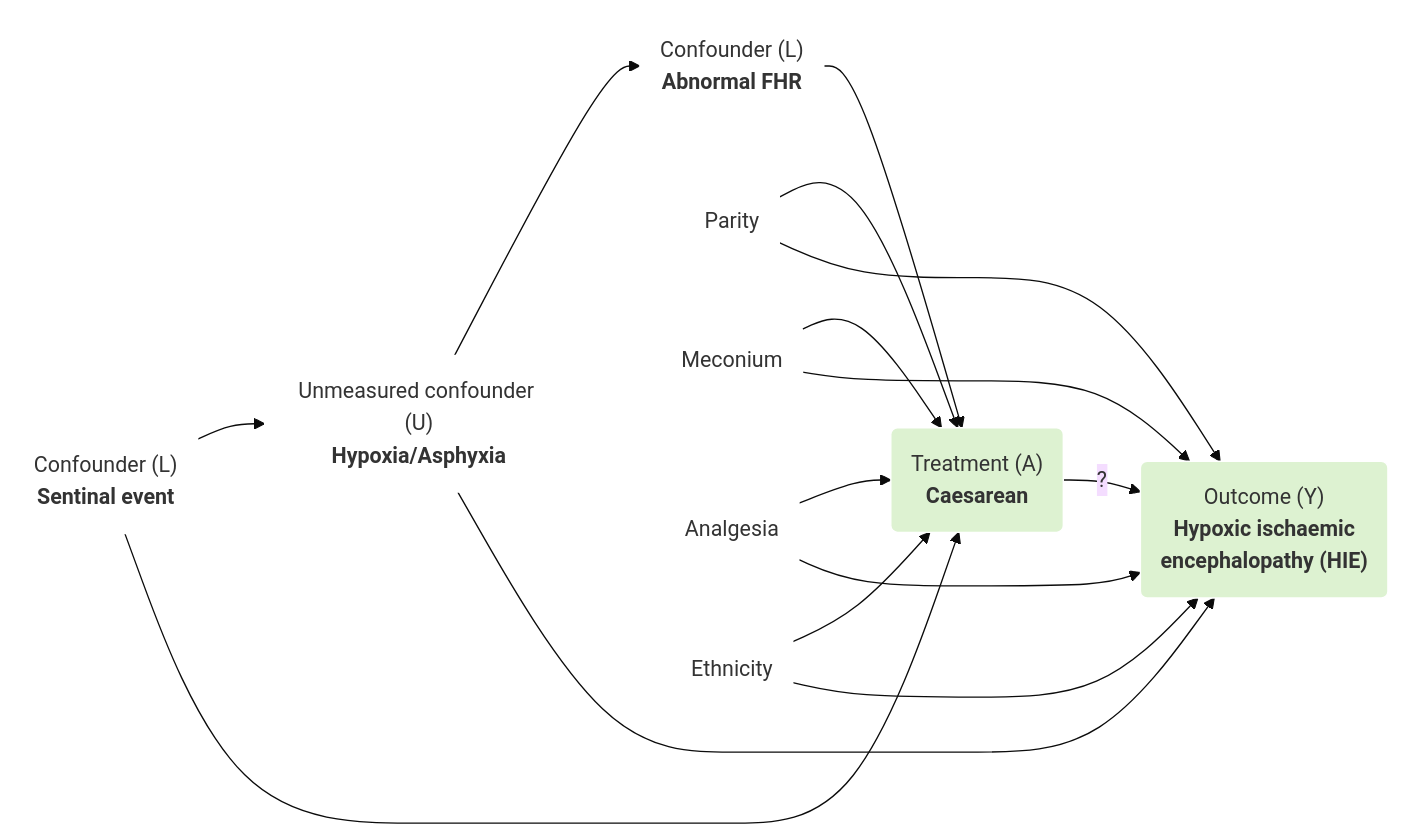
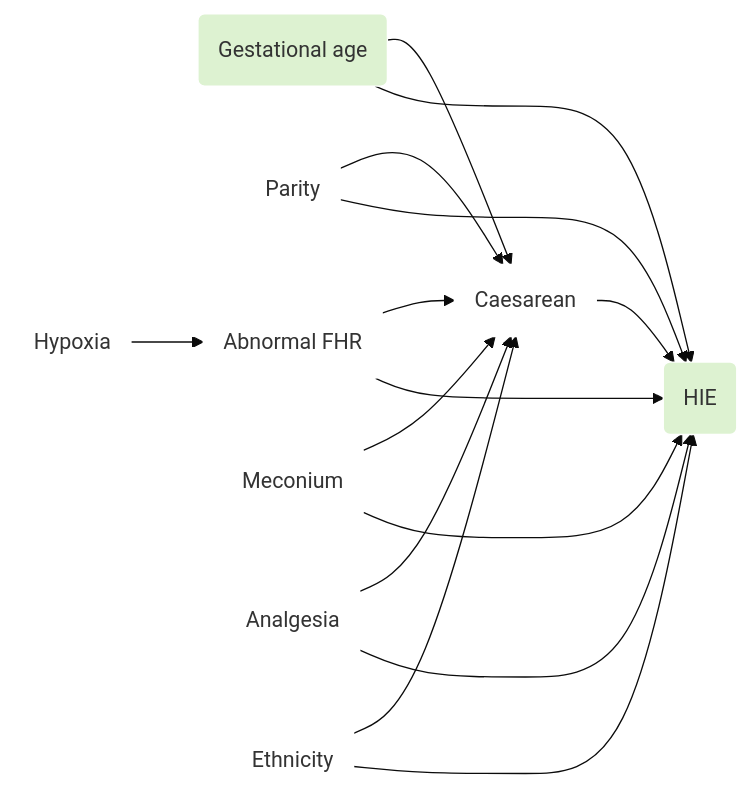
One commit to birth-outcomes/birth_outcomes_summary changed diagram 18 of 21 in book_birth_outcomes_summary/design_dag_hie.md. Above: the diagram before and after it, drawn with Mermaid (base theme). The commit also changed other lines of this file and 20 other files, not shown here.

`````diff
--- a/book_birth_outcomes_summary/design_dag_hie.md
+++ b/book_birth_outcomes_summary/design_dag_hie.md
@@ -331,27 +420,27 @@
 ````{mermaid}
   flowchart LR;
 
-    L_sen("Confounder (L)<br><b>Sentinal event</b>"):::white;
-    L_fhr("Confounder (L)<br><b>Abnormal FHR</b>"):::white;
-    U("Unmeasured confounder (U)<br><b>Hypoxia/Asphyxia</b>"):::white;
-    A("Treatment (A)<br><b>Caesarean</b>"):::green;
-    Y("Outcome (Y)<br><b>Hypoxic ischaemic<br>encephalopathy (HIE)</b>"):::green;
-
+    %% Define the nodes and subgraphs
+    age("Gestational age"):::green;
     par("Parity"):::white;
+    hypo("Hypoxia"):::white;
+    fhr("Abnormal FHR"):::white;
     mec("Meconium"):::white;
     ana("Analgesia"):::white;
     eth("Ethnicity"):::white;
-    
-    L_sen --> U; L_sen --> A;
-    A -->|?| Y;
-    U --> L_fhr; L_fhr --> A; U --> Y;
-    par --> A; par --> Y;
-    mec --> A; mec --> Y;
-    ana --> A; ana --> Y;
-    eth --> A; eth --> Y;
+    treat("Caesarean"):::white;
+    out("HIE"):::green;
+
+    %% Produce the figure
+    age --> treat; age --> out;
+    par --> treat; par --> out;
+    hypo--> fhr; fhr --> treat; fhr --> out;
+    mec --> treat; mec --> out;
+    ana --> treat; ana --> out;
+    eth --> treat; eth --> out;
+    treat --> out;
   
     classDef white fill:#FFFFFF, stroke:#FFFFFF;
     classDef black fill:#FFFFFF, stroke:#000000;
-    classDef empty width:0px,height:0px;
     classDef green fill:#DDF2D1, stroke: #FFFFFF;
 ````
`````
